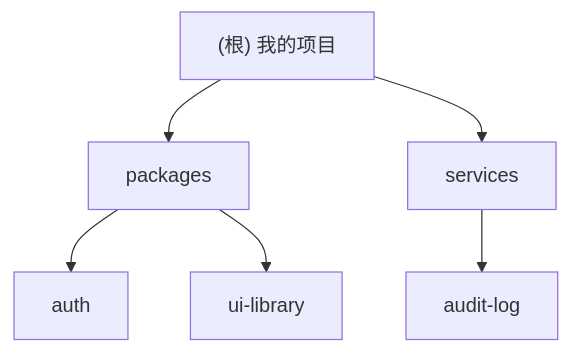
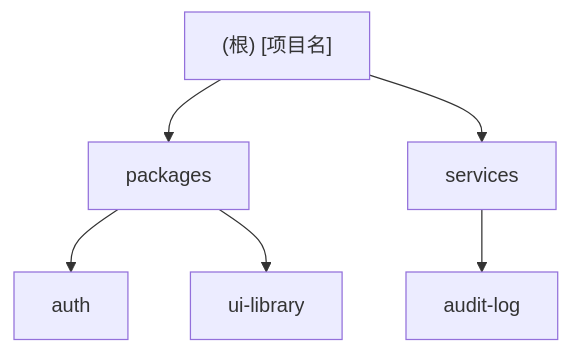
One commit to codeApe-7/ai-agent-workflowGroup changed the diagram in .claude/agents/init-architect.md. Above: the diagram before and after it, drawn with Mermaid. The commit also changed other lines of this file and 4 other files, not shown here.

````diff
--- a/.claude/agents/init-architect.md
+++ b/.claude/agents/init-architect.md
@@ -84,12 +69,12 @@
           ```mermaid
           graph TD
-              A["(根) 我的项目"] --> B["packages"];
+              A["(根) [项目名]"] --> B["packages"];
               B --> C["auth"];
               B --> D["ui-library"];
               A --> E["services"];
               E --> F["audit-log"];
 
               click C "./packages/auth/CLAUDE.md" "查看 auth 模块文档"
               click D "./packages/ui-library/CLAUDE.md" "查看 ui-library 模块文档"
               click F "./services/audit-log/CLAUDE.md" "查看 audit-log 模块文档"
           ```
````
